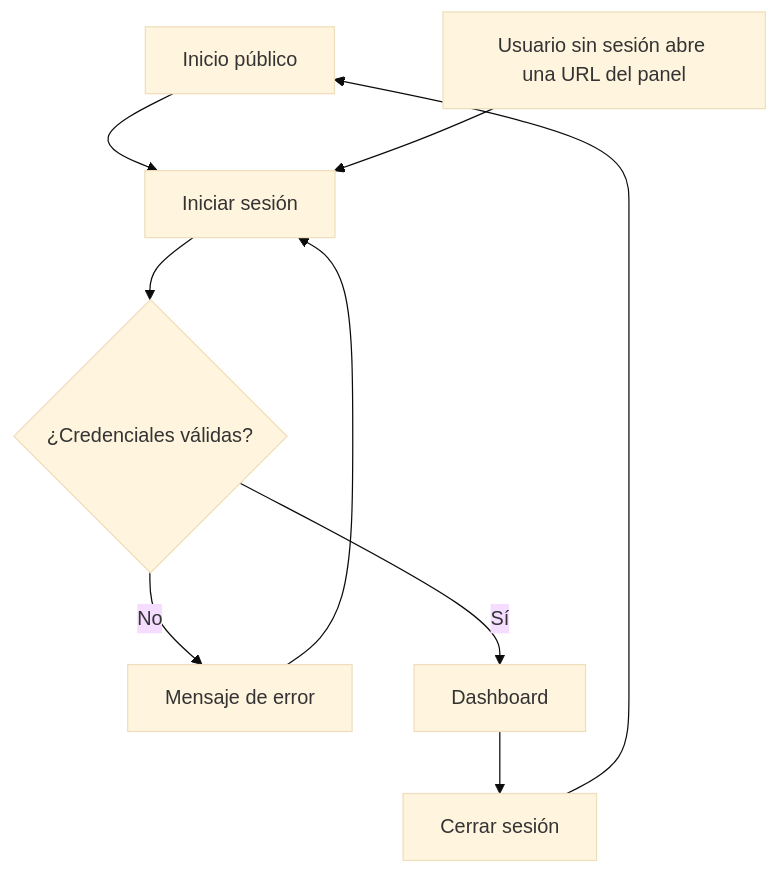
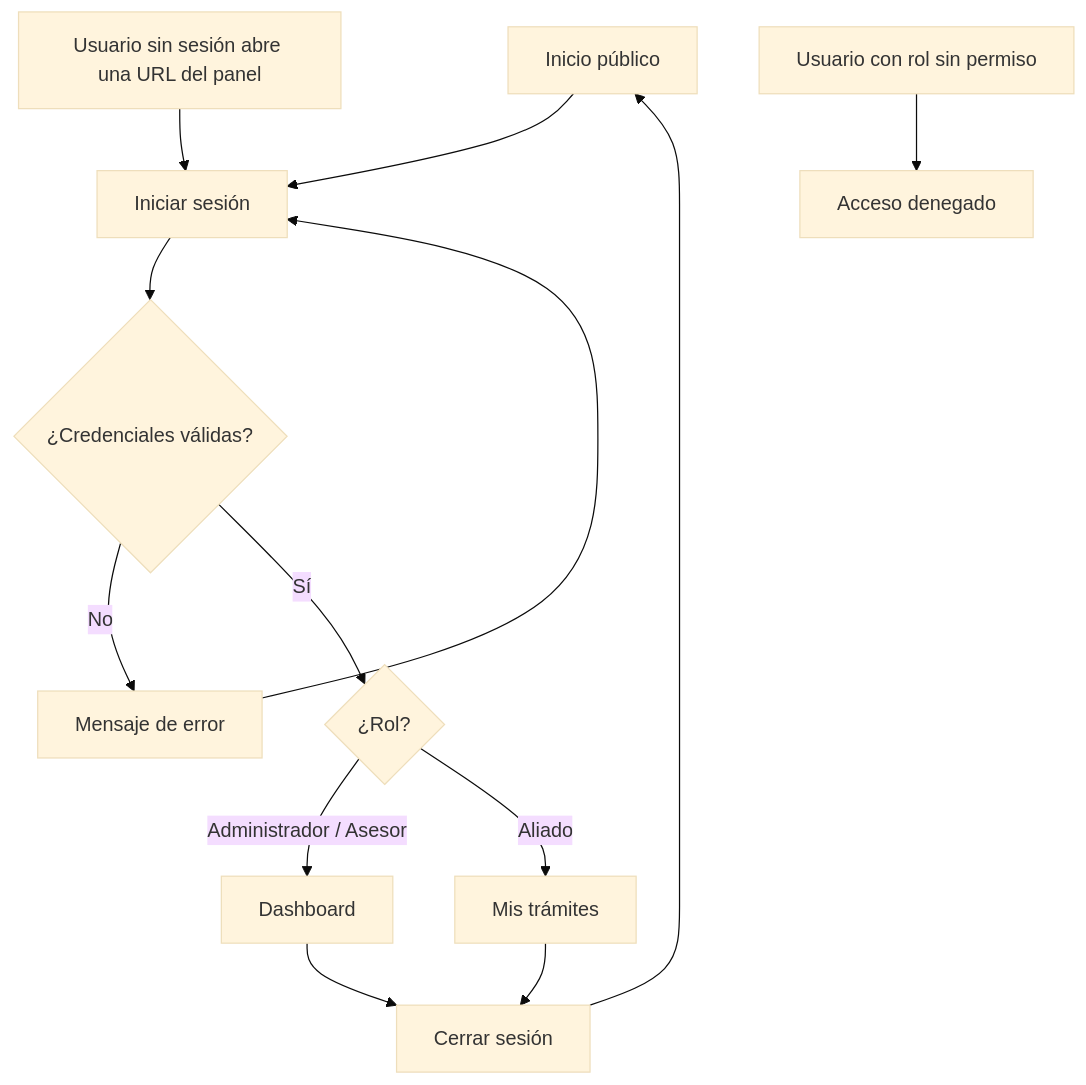
The first of 7 diagrams in docs/ux/flujos-navegacion.md (Androx2000/AliadaLegal-DAS901), drawn with Mermaid (base theme) before and after one commit. The commit also changed other lines of this file and 4 other files, not shown here.

Commit message:
Corrige documentación UX: roles Administrador/Asesor/Aliado, consulta pública RF06 como Must

````diff
--- a/docs/ux/flujos-navegacion.md
+++ b/docs/ux/flujos-navegacion.md
@@ -12,9 +12,13 @@
 ```mermaid
 flowchart TD
     A[Inicio público] --> B[Iniciar sesión]
     B --> C{¿Credenciales válidas?}
     C -- No --> D[Mensaje de error] --> B
-    C -- Sí --> E[Dashboard]
+    C -- Sí --> R{¿Rol?}
+    R -- Administrador / Asesor --> E[Dashboard]
+    R -- Aliado --> M[Mis trámites]
     E --> F[Cerrar sesión] --> A
+    M --> F
     X[Usuario sin sesión abre una URL del panel] --> B
+    Y[Usuario con rol sin permiso] --> Z[Acceso denegado]
 ```
````
